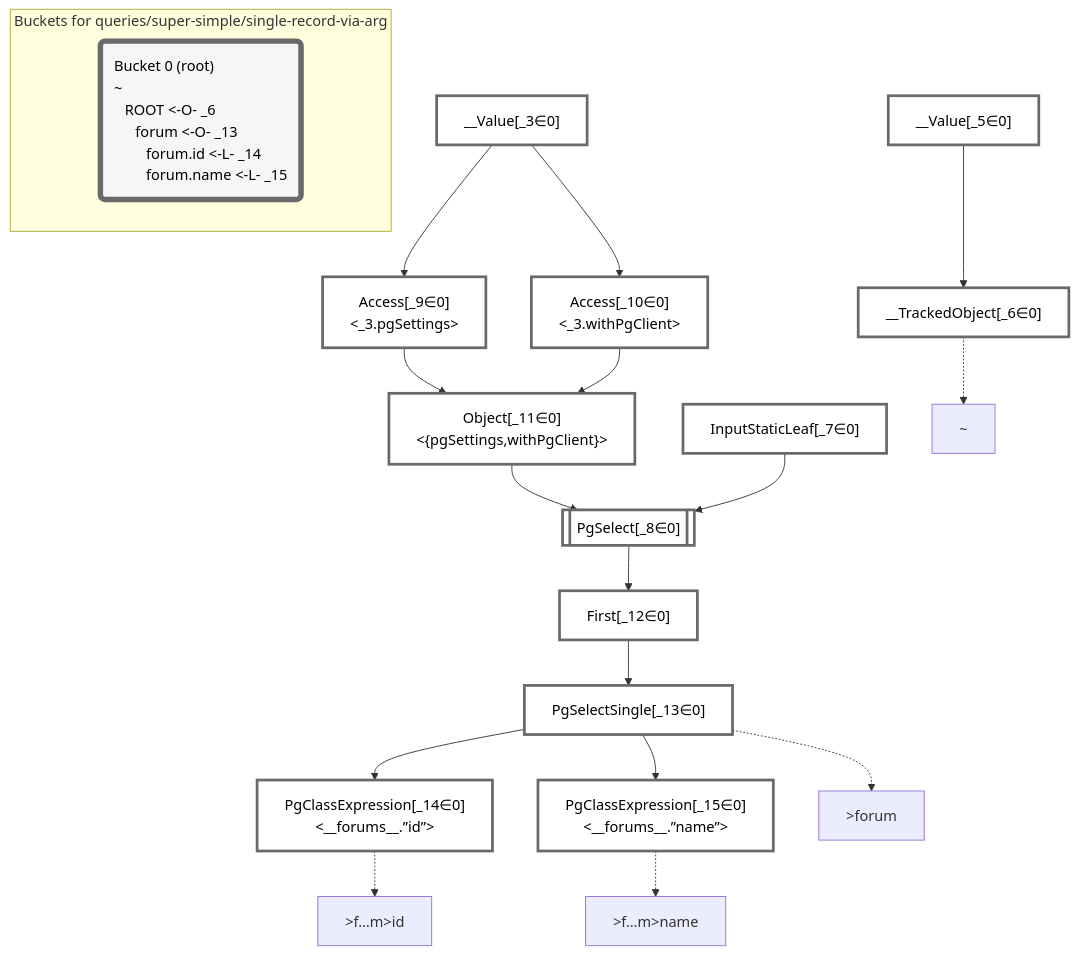
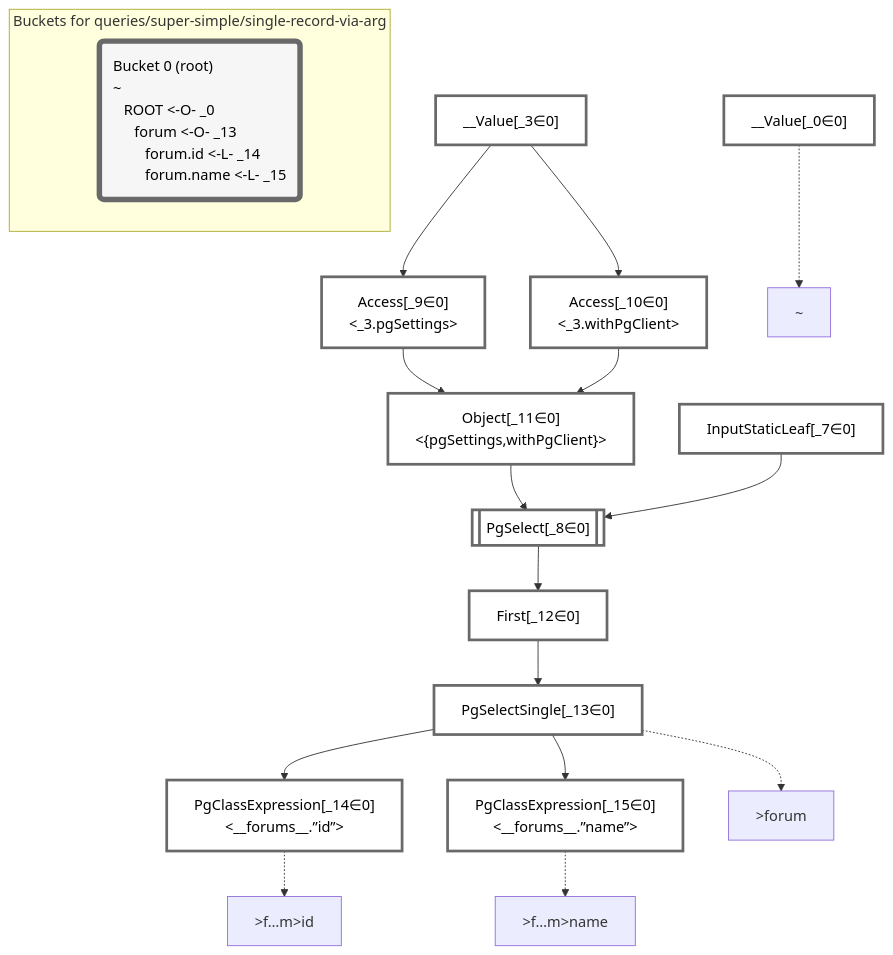
Before and after one commit to graphile/crystal: the diagram in packages/dataplan-pg/__tests__/queries/super-simple/single-record-via-arg.mermaid.md, drawn with Mermaid. The commit also changed 193 other files, not shown here.

Commit message:
Update test plan snapshots with new root plan

````diff
--- a/packages/dataplan-pg/__tests__/queries/super-simple/single-record-via-arg.mermaid.md
+++ b/packages/dataplan-pg/__tests__/queries/super-simple/single-record-via-arg.mermaid.md
@@ -1,55 +1,53 @@
 ```mermaid
 graph TD
     classDef path fill:#eee,stroke:#000,color:#000
     classDef plan fill:#fff,stroke-width:3px,color:#000
     classDef itemplan fill:#fff,stroke-width:6px,color:#000
     classDef sideeffectplan fill:#f00,stroke-width:6px,color:#000
     classDef bucket fill:#f6f6f6,color:#000,stroke-width:6px,text-align:left
 
 
     %% define plans
+    __Value_0["__Value[_0∈0]"]:::plan
     __Value_3["__Value[_3∈0]<br /><context>"]:::plan
-    __Value_5["__Value[_5∈0]<br /><rootValue>"]:::plan
-    __TrackedObject_6["__TrackedObject[_6∈0]"]:::plan
     InputStaticLeaf_7["InputStaticLeaf[_7∈0]"]:::plan
     PgSelect_8[["PgSelect[_8∈0]<br /><forums>"]]:::plan
     Access_9["Access[_9∈0]<br /><_3.pgSettings>"]:::plan
     Access_10["Access[_10∈0]<br /><_3.withPgClient>"]:::plan
     Object_11["Object[_11∈0]<br /><{pgSettings,withPgClient}>"]:::plan
     First_12["First[_12∈0]"]:::plan
     PgSelectSingle_13["PgSelectSingle[_13∈0]<br /><forums>"]:::plan
     PgClassExpression_14["PgClassExpression[_14∈0]<br /><__forums__.”id”>"]:::plan
     PgClassExpression_15["PgClassExpression[_15∈0]<br /><__forums__.”name”>"]:::plan
 
     %% plan dependencies
-    __Value_5 --> __TrackedObject_6
     Object_11 --> PgSelect_8
     InputStaticLeaf_7 --> PgSelect_8
     __Value_3 --> Access_9
     __Value_3 --> Access_10
     Access_9 --> Object_11
     Access_10 --> Object_11
     PgSelect_8 --> First_12
     First_12 --> PgSelectSingle_13
     PgSelectSingle_13 --> PgClassExpression_14
     PgSelectSingle_13 --> PgClassExpression_15
 
     %% plan-to-path relationships
-    P_6["~"]
-    __TrackedObject_6 -.-> P_6
+    P_0["~"]
+    __Value_0 -.-> P_0
     P_13[">forum"]
     PgSelectSingle_13 -.-> P_13
     P_14[">f…m>id"]
     PgClassExpression_14 -.-> P_14
     P_15[">f…m>name"]
     PgClassExpression_15 -.-> P_15
 
     %% allocate buckets
     classDef bucket0 stroke:#696969
-    class __Value_3,__Value_5,__TrackedObject_6,InputStaticLeaf_7,PgSelect_8,Access_9,Access_10,Object_11,First_12,PgSelectSingle_13,PgClassExpression_14,PgClassExpression_15 bucket0
+    class __Value_0,__Value_3,InputStaticLeaf_7,PgSelect_8,Access_9,Access_10,Object_11,First_12,PgSelectSingle_13,PgClassExpression_14,PgClassExpression_15 bucket0
 
     subgraph "Buckets for queries/super-simple/single-record-via-arg"
-    Bucket0("Bucket 0 (root)<br />~<br />⠀ROOT <-O- _6<br />⠀⠀forum <-O- _13<br />⠀⠀⠀forum.id <-L- _14<br />⠀⠀⠀forum.name <-L- _15"):::bucket
+    Bucket0("Bucket 0 (root)<br />~<br />⠀ROOT <-O- _0<br />⠀⠀forum <-O- _13<br />⠀⠀⠀forum.id <-L- _14<br />⠀⠀⠀forum.name <-L- _15"):::bucket
     style Bucket0 stroke:#696969
     end
 ```
````
